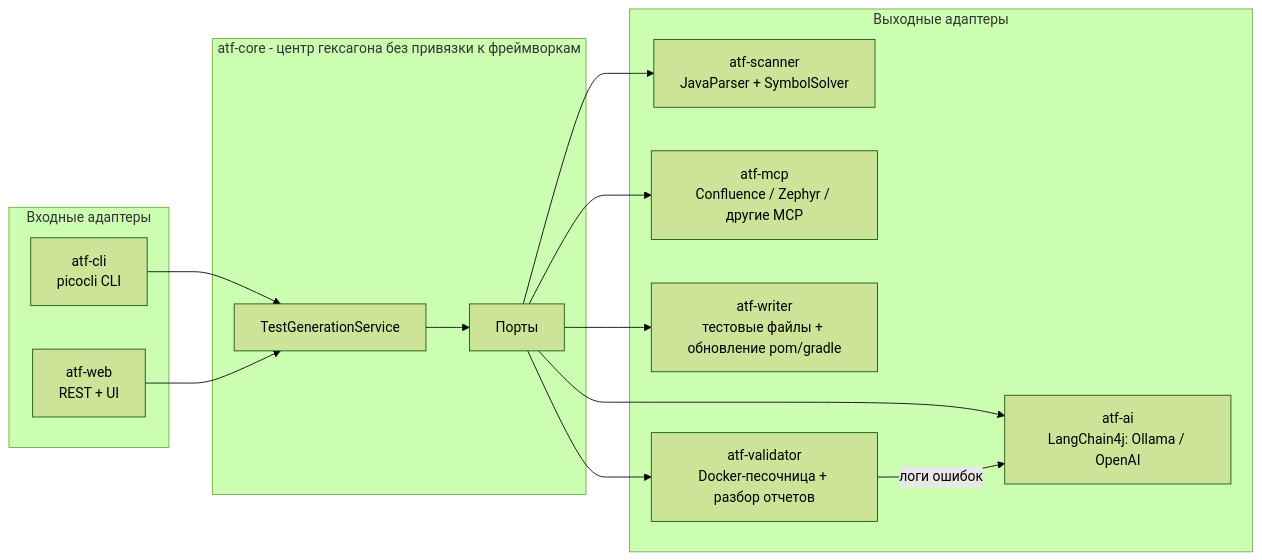
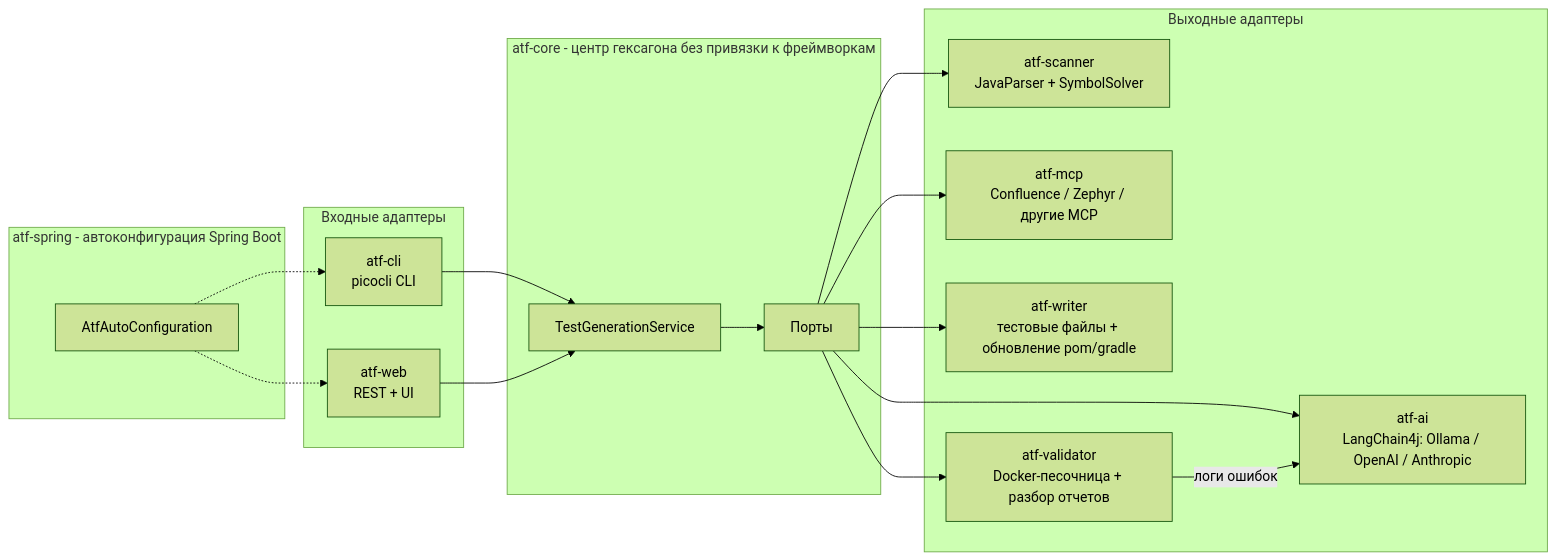
The diagram in README.md (Shchepetkov/AutoTestForge), drawn with Mermaid (forest theme) before and after one commit. The commit also changed other lines of this file and 5 other files, not shown here.

````diff
--- a/README.md
+++ b/README.md
@@ -14,27 +14,32 @@
 ```mermaid
 flowchart LR
     subgraph driving [Входные адаптеры]
         CLI[atf-cli<br>picocli CLI]
         WEB[atf-web<br>REST + UI]
+    end
+    subgraph spring [atf-spring - автоконфигурация Spring Boot]
+        WIRE[AtfAutoConfiguration]
     end
     subgraph core [atf-core - центр гексагона без привязки к фреймворкам]
         UC[TestGenerationService]
         PORTS[Порты]
     end
     subgraph driven [Выходные адаптеры]
         SCAN[atf-scanner<br>JavaParser + SymbolSolver]
         MCP[atf-mcp<br>Confluence / Zephyr / другие MCP]
-        AI[atf-ai<br>LangChain4j: Ollama / OpenAI]
+        AI[atf-ai<br>LangChain4j: Ollama / OpenAI / Anthropic]
         WRITE[atf-writer<br>тестовые файлы + обновление pom/gradle]
         VAL[atf-validator<br>Docker-песочница + разбор отчетов]
     end
     CLI --> UC
     WEB --> UC
+    WIRE -.-> CLI
+    WIRE -.-> WEB
     UC --> PORTS
     PORTS --> SCAN
     PORTS --> MCP
     PORTS --> AI
     PORTS --> WRITE
     PORTS --> VAL
     VAL -->|логи ошибок| AI
 ```
````
